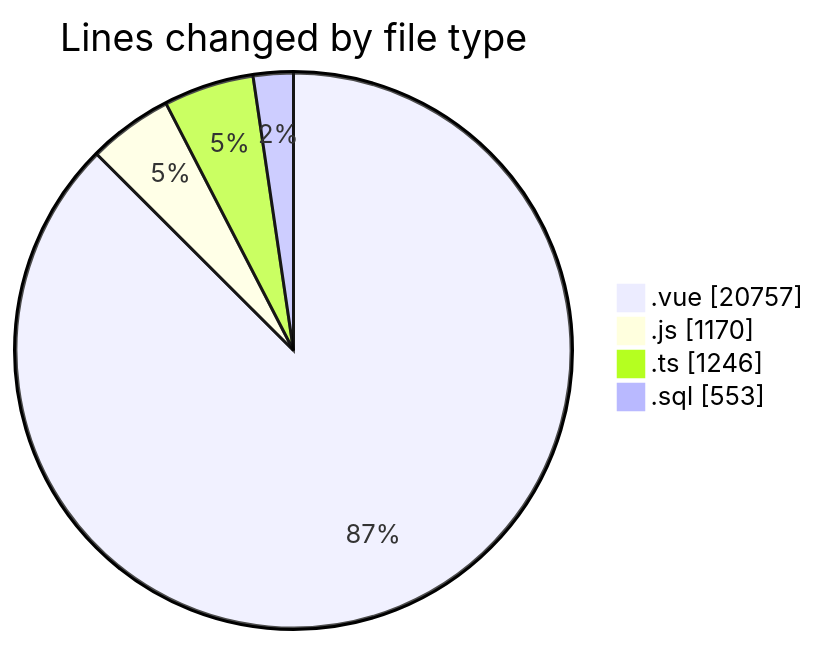
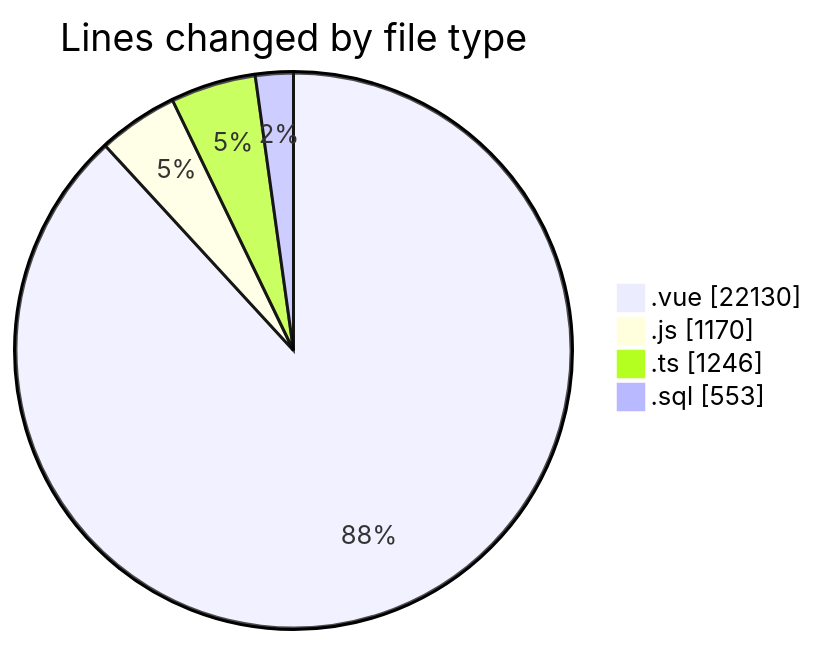
One commit to lephambinh05/code-tracking changed the first of 2 diagrams in 2025-08-13/rentotp/README.md. Above: the diagram before and after it, drawn with Mermaid. The commit also changed other lines of this file and 1 other file, not shown here.

````diff
--- a/2025-08-13/rentotp/README.md
+++ b/2025-08-13/rentotp/README.md
@@ -49,8 +49,8 @@
 ```mermaid
 pie showData
 title Lines changed by file type
-".vue" : 20757
+".vue" : 22130
 ".js" : 1170
 ".ts" : 1246
 ".sql" : 553
 ```
````
